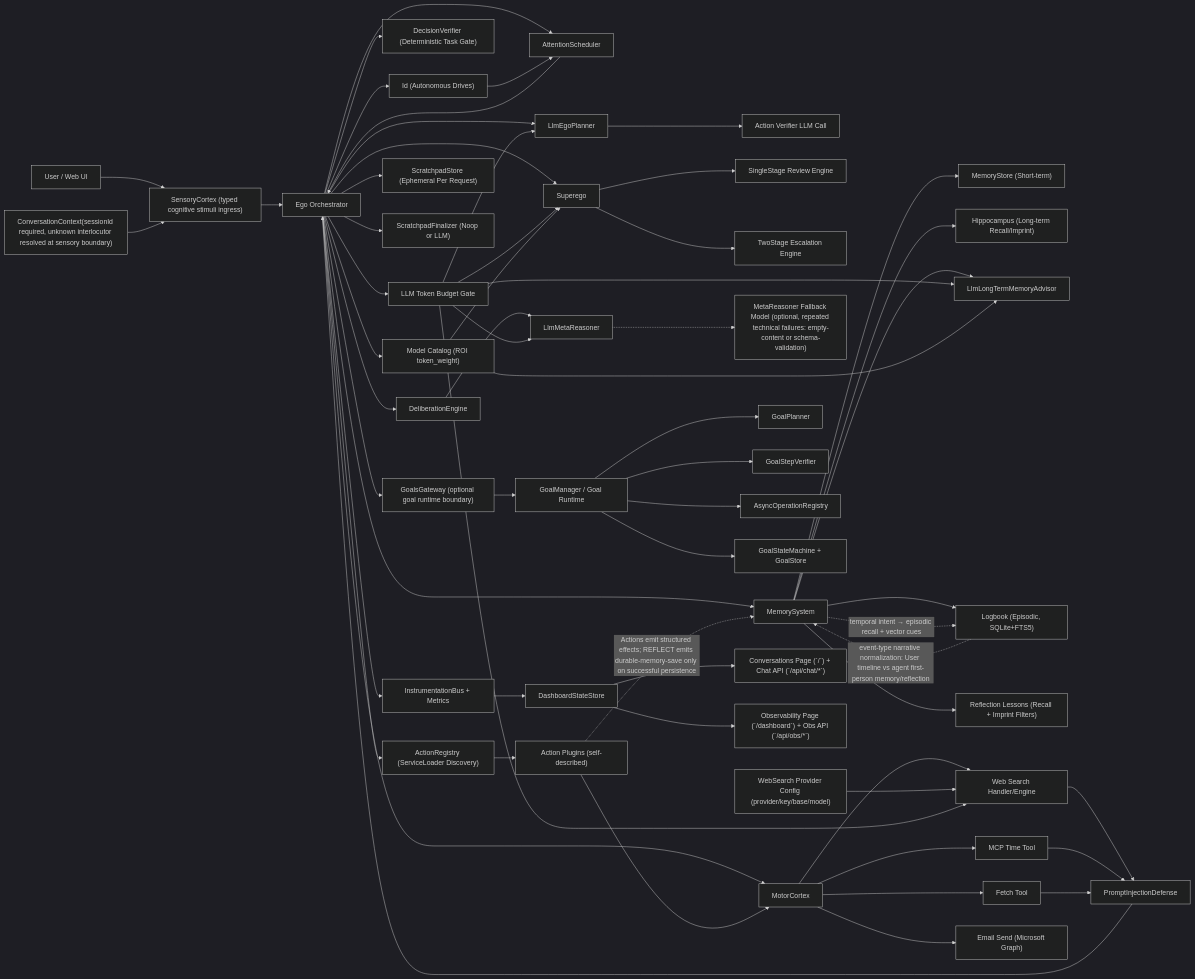
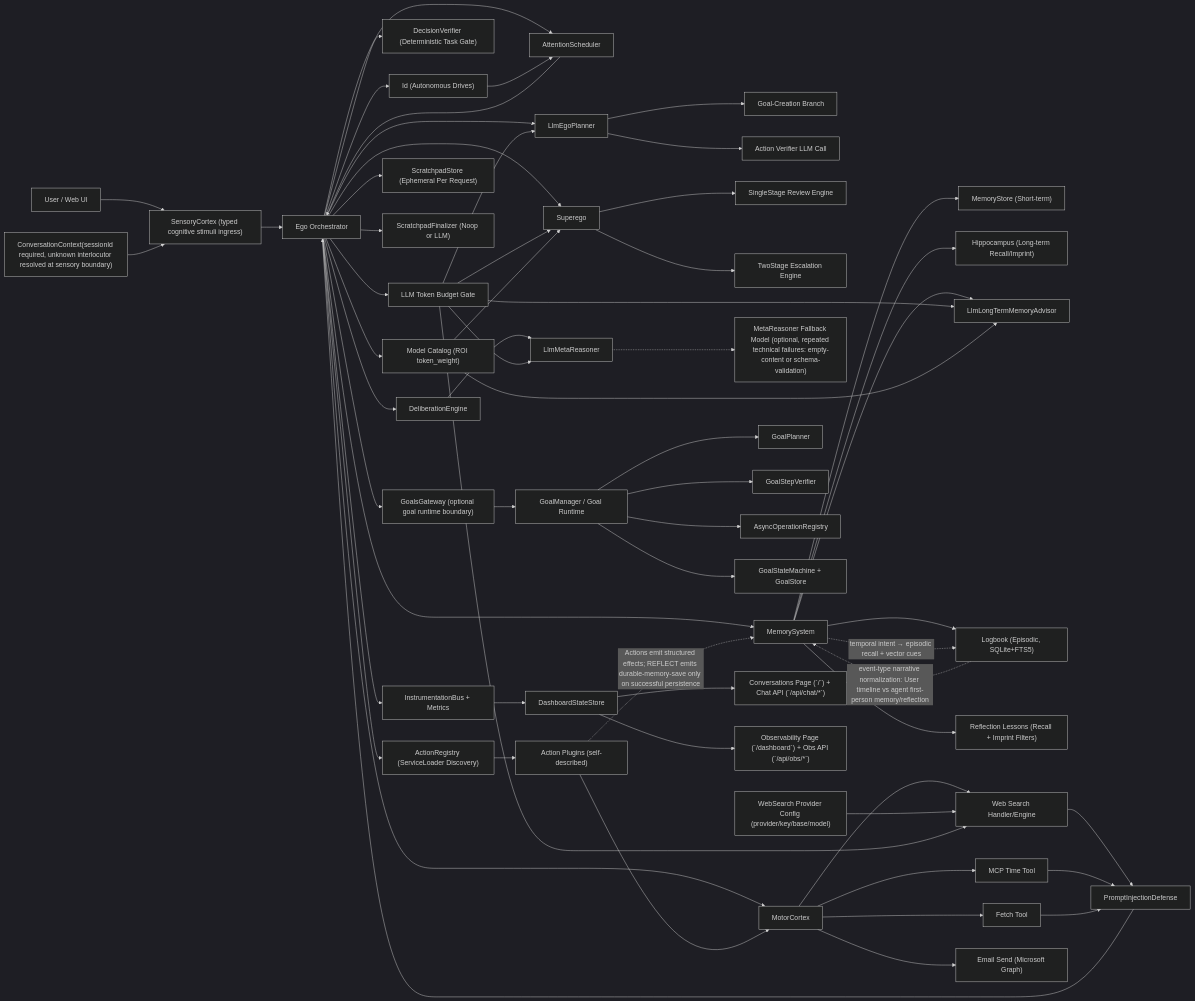
Before and after one commit to neopsyke/NeoPsyke: the first of 7 diagrams in AGENT_LOGIC_DIAGRAM.md, drawn with Mermaid (dark theme). The commit also changed other lines of this file and 14 other files, not shown here.

````diff
--- a/AGENT_LOGIC_DIAGRAM.md
+++ b/AGENT_LOGIC_DIAGRAM.md
@@ -8,70 +8,71 @@
 ```mermaid
 flowchart LR
     U["User / Web UI"] --> SC["SensoryCortex (typed cognitive stimuli ingress)"]
     SC --> E["Ego Orchestrator"]
     NoteCtx["ConversationContext(sessionId required, unknown interlocutor resolved at sensory boundary)"] --> SC
 
     E --> AS["AttentionScheduler"]
     AS --> E
     ID["Id (Autonomous Drives)"] --> AS
     E --> ID
 
     E --> P["LlmEgoPlanner"]
+    P --> GBR["Goal-Creation Branch"]
     P --> AV["Action Verifier LLM Call"]
     E --> TV["DecisionVerifier (Deterministic Task Gate)"]
     E --> S["Superego"]
     S --> S1["SingleStage Review Engine"]
     S --> S2["TwoStage Escalation Engine"]
     E --> AR["ActionRegistry (ServiceLoader Discovery)"]
     E --> M["MotorCortex"]
     E --> BG["LLM Token Budget Gate"]
     E --> MCat["Model Catalog (ROI token_weight)"]
 
     E --> DE["DeliberationEngine"]
     DE --> MR["LlmMetaReasoner"]
     MR -.-> MRF["MetaReasoner Fallback Model (optional, repeated technical failures: empty-content or schema-validation)"]
 
     E --> MC["MemorySystem"]
     MC --> MS["MemoryStore (Short-term)"]
     MC --> H["Hippocampus (Long-term Recall/Imprint)"]
     MC --> LTM["LlmLongTermMemoryAdvisor"]
     MC --> LB["Logbook (Episodic, SQLite+FTS5)"]
     LB -.->|"event-type narrative normalization: User timeline vs agent first-person memory/reflection"| MC
     MC --> RL["Reflection Lessons (Recall + Imprint Filters)"]
     MC -.->|"temporal intent → episodic recall + vector cues"| LB
     E --> TWS["ScratchpadStore (Ephemeral Per Request)"]
     E --> TWF["ScratchpadFinalizer (Noop or LLM)"]
     E --> PG["GoalsGateway (optional goal runtime boundary)"]
     PG --> PM["GoalManager / Goal Runtime"]
     PM --> PP["GoalPlanner"]
     PM --> PV["GoalStepVerifier"]
     PM --> AOR["AsyncOperationRegistry"]
     PM --> PS["GoalStateMachine + GoalStore"]
 
     AR --> AP["Action Plugins (self-described)"]
     AP --> M
     AP -.->|"Actions emit structured effects; REFLECT emits durable-memory-save only on successful persistence"| MC
 
     M --> WS["Web Search Handler/Engine"]
     CfgWS["WebSearch Provider Config (provider/key/base/model)"] --> WS
     M --> MT["MCP Time Tool"]
     M --> MF["Fetch Tool"]
     M --> EM["Email Send (Microsoft Graph)"]
     WS --> PID["PromptInjectionDefense"]
     MT --> PID
     MF --> PID
     PID --> E
 
     BG --> P
     BG --> S
     BG --> MR
     BG --> LTM
     BG --> WS
     MCat --> S
     MCat --> LTM
 
     E --> I["InstrumentationBus + Metrics"]
     I --> DS["DashboardStateStore"]
     DS --> CP["Conversations Page (`/`) + Chat API (`/api/chat/*`)"]
     DS --> OP["Observability Page (`/dashboard`) + Obs API (`/api/obs/*`)"]
 ```
````
